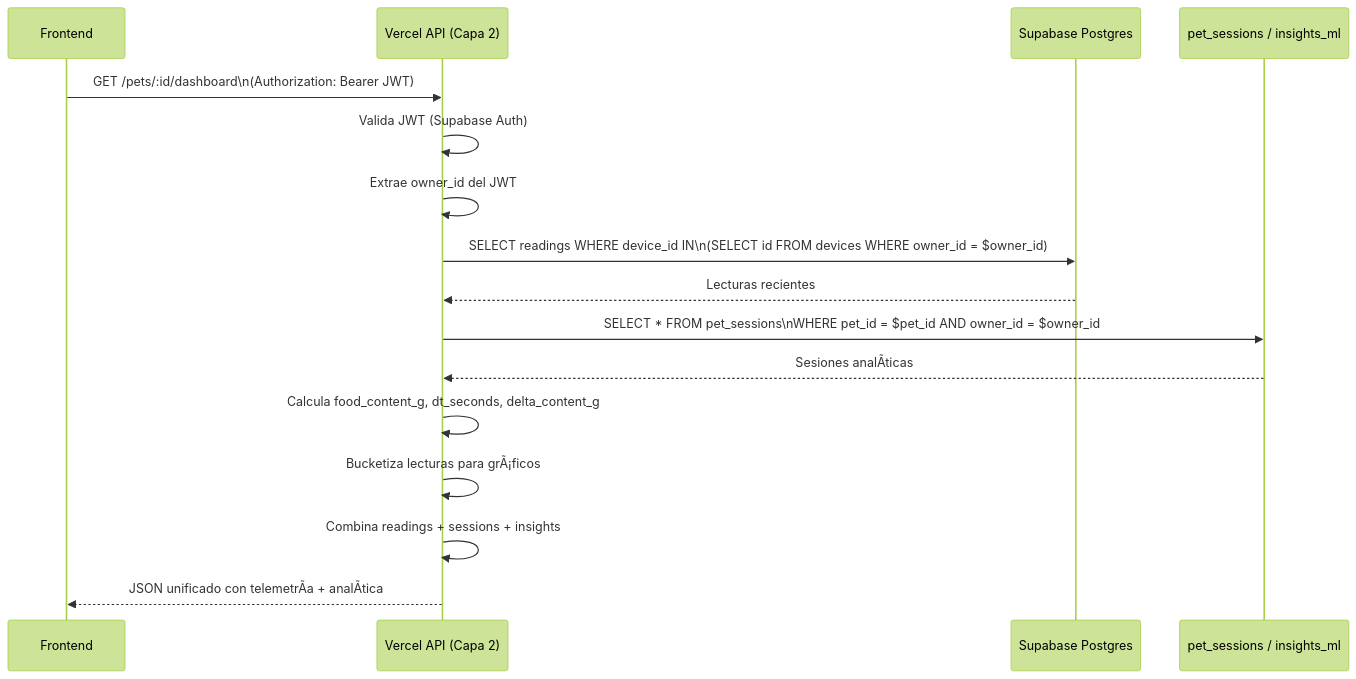
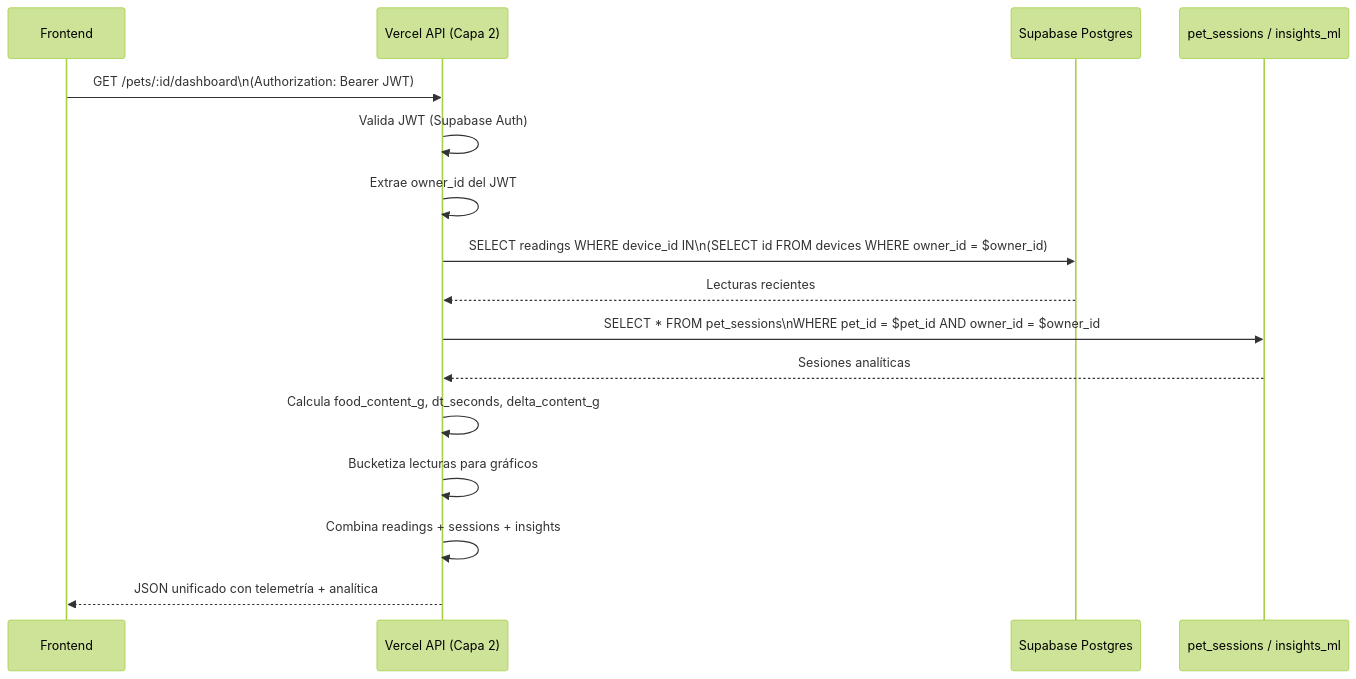
One commit to kittypau-mascotas/kittypau_2026 changed the fourth of 6 diagrams in Docs/archive/analitica/KittyPau_Arquitectura_Datos_v3.md. Above: the diagram before and after it, drawn with Mermaid (forest theme). The commit also changed other lines of this file and 344 other files, not shown here.

````diff
--- a/Docs/archive/analitica/KittyPau_Arquitectura_Datos_v3.md
+++ b/Docs/archive/analitica/KittyPau_Arquitectura_Datos_v3.md
@@ -314,19 +314,19 @@
 ```mermaid
 sequenceDiagram
     participant FE as Frontend
     participant API as Vercel API (Capa 2)
     participant DB as Supabase Postgres
     participant ML_TABLE as pet_sessions / insights_ml
 
     FE->>API: GET /pets/:id/dashboard\n(Authorization: Bearer JWT)
     API->>API: Valida JWT (Supabase Auth)
     API->>API: Extrae owner_id del JWT
     API->>DB: SELECT readings WHERE device_id IN\n(SELECT id FROM devices WHERE owner_id = $owner_id)
     DB-->>API: Lecturas recientes
     API->>ML_TABLE: SELECT * FROM pet_sessions\nWHERE pet_id = $pet_id AND owner_id = $owner_id
-    ML_TABLE-->>API: Sesiones analÃ­ticas
+    ML_TABLE-->>API: Sesiones analíticas
     API->>API: Calcula food_content_g, dt_seconds, delta_content_g
-    API->>API: Bucketiza lecturas para grÃ¡ficos
+    API->>API: Bucketiza lecturas para gráficos
     API->>API: Combina readings + sessions + insights
-    API-->>FE: JSON unificado con telemetrÃ­a + analÃ­tica
+    API-->>FE: JSON unificado con telemetría + analítica
 ```
````
